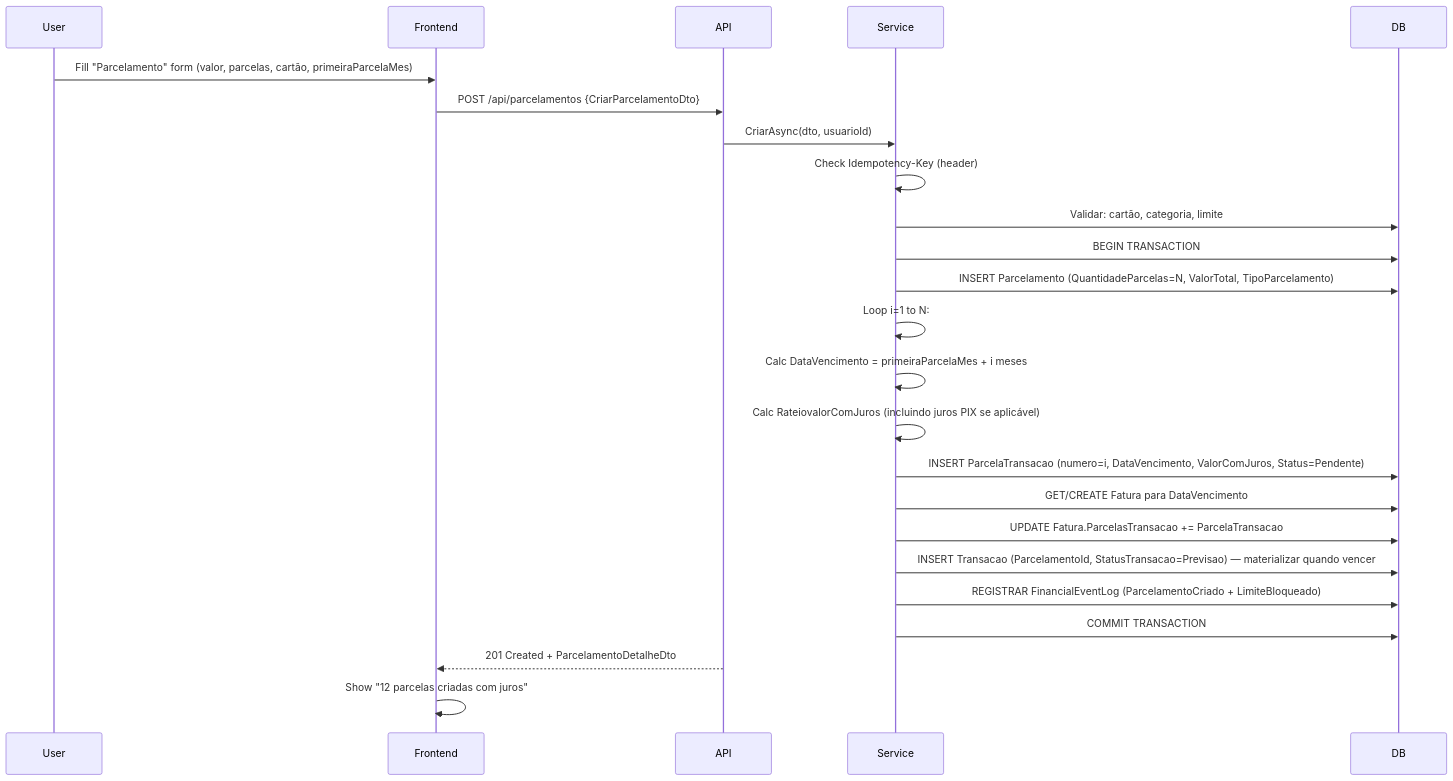
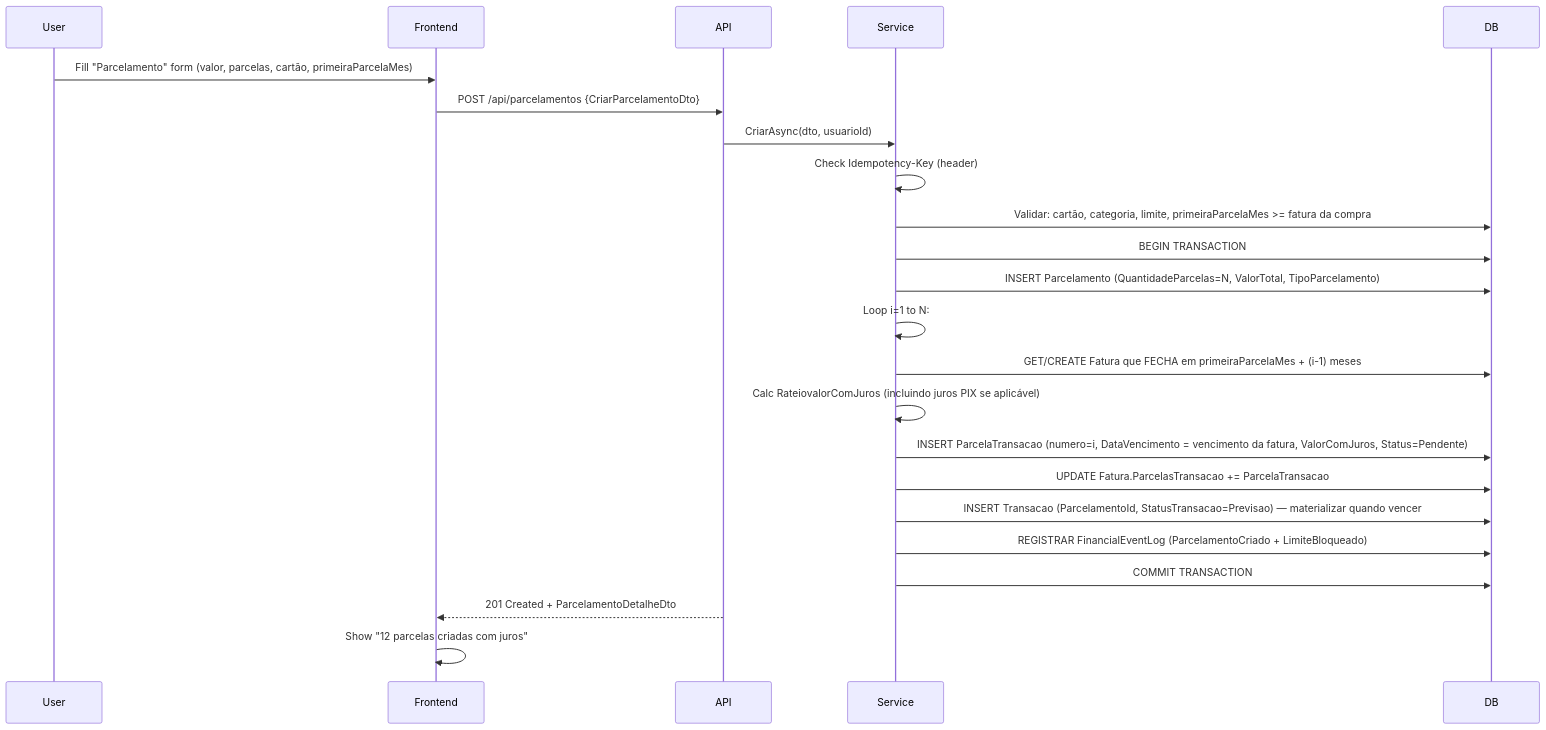
Before and after one commit to GustavoPontess/controle-financeiro: the third of 10 diagrams in docs/FLOWS.md, drawn with Mermaid. The commit also changed other lines of this file and 28 other files, not shown here.

````diff
--- a/docs/FLOWS.md
+++ b/docs/FLOWS.md
@@ -64,21 +64,20 @@
 ```mermaid
 sequenceDiagram
     User->>Frontend: Fill "Parcelamento" form (valor, parcelas, cartão, primeiraParcelaMes)
     Frontend->>API: POST /api/parcelamentos {CriarParcelamentoDto}
     API->>Service: CriarAsync(dto, usuarioId)
     Service->>Service: Check Idempotency-Key (header)
-    Service->>DB: Validar: cartão, categoria, limite
+    Service->>DB: Validar: cartão, categoria, limite, primeiraParcelaMes >= fatura da compra
     Service->>DB: BEGIN TRANSACTION
     Service->>DB: INSERT Parcelamento (QuantidadeParcelas=N, ValorTotal, TipoParcelamento)
     Service->>Service: Loop i=1 to N:
-    Service->>Service: Calc DataVencimento = primeiraParcelaMes + i meses
+    Service->>DB: GET/CREATE Fatura que FECHA em primeiraParcelaMes + (i-1) meses
     Service->>Service: Calc RateiovalorComJuros (incluindo juros PIX se aplicável)
-    Service->>DB: INSERT ParcelaTransacao (numero=i, DataVencimento, ValorComJuros, Status=Pendente)
-    Service->>DB: GET/CREATE Fatura para DataVencimento
+    Service->>DB: INSERT ParcelaTransacao (numero=i, DataVencimento = vencimento da fatura, ValorComJuros, Status=Pendente)
     Service->>DB: UPDATE Fatura.ParcelasTransacao += ParcelaTransacao
     Service->>DB: INSERT Transacao (ParcelamentoId, StatusTransacao=Previsao) — materializar quando vencer
     Service->>DB: REGISTRAR FinancialEventLog (ParcelamentoCriado + LimiteBloqueado)
     Service->>DB: COMMIT TRANSACTION
     API-->>Frontend: 201 Created + ParcelamentoDetalheDto
     Frontend->>Frontend: Show "12 parcelas criadas com juros"
 ```
````
